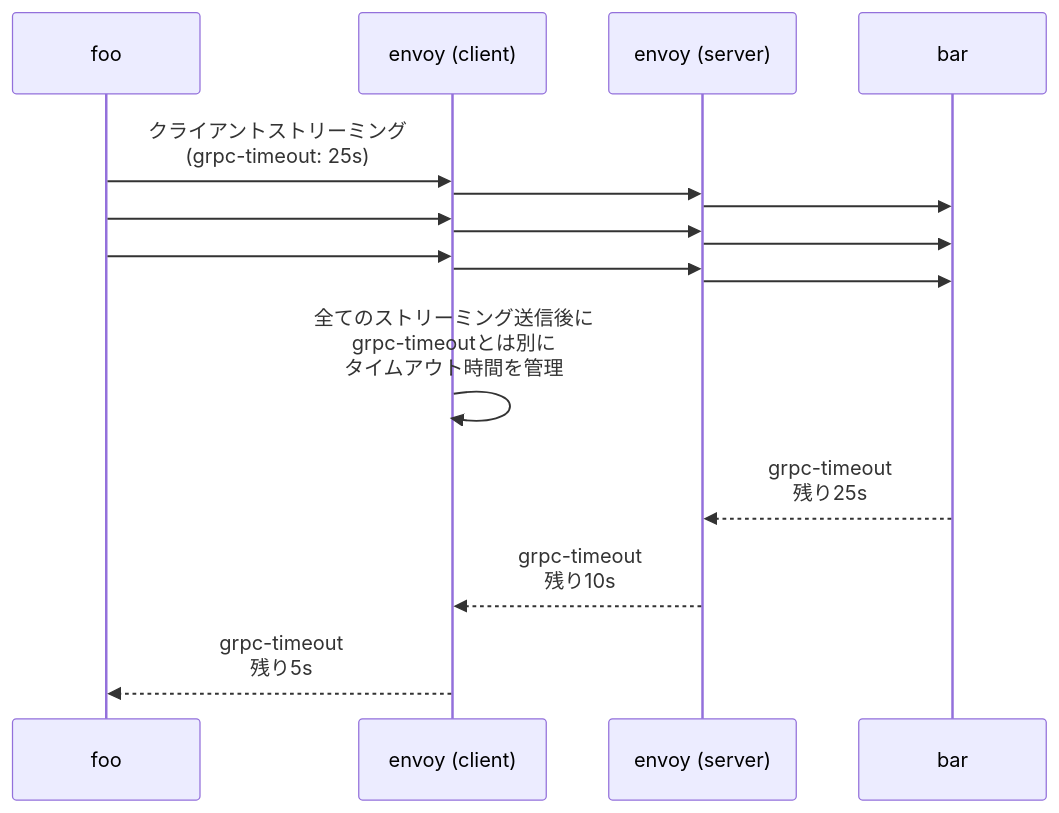
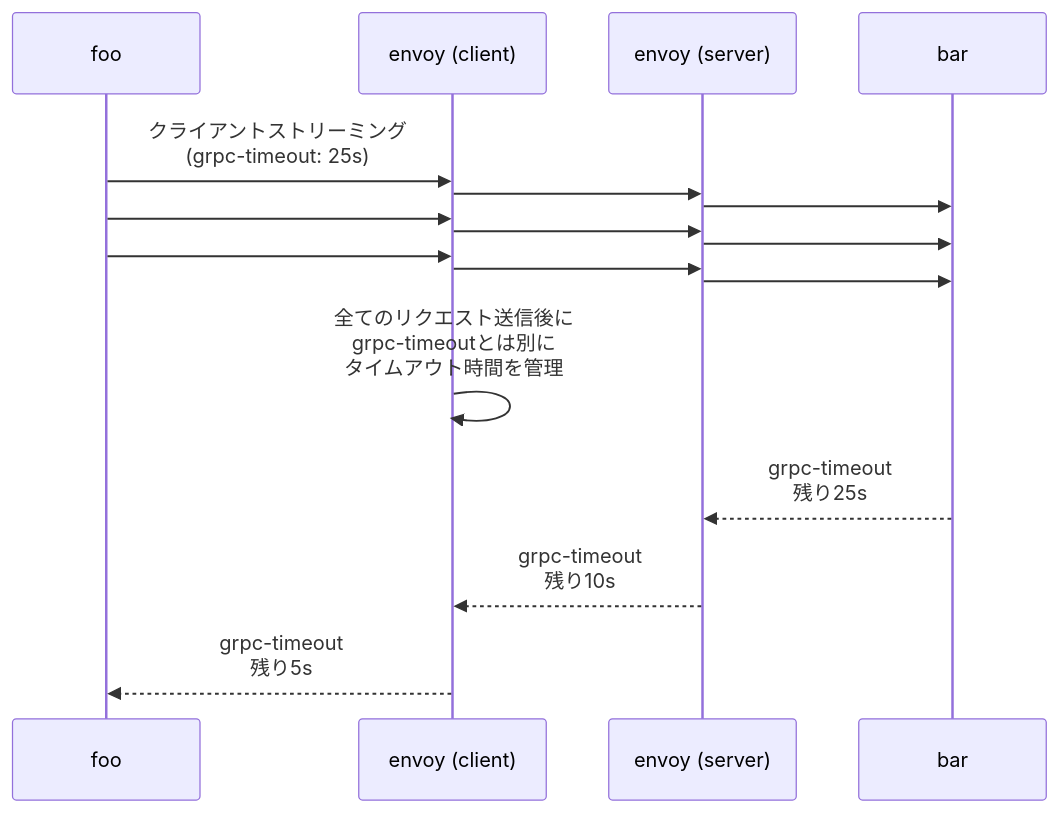
One commit to hiroki-it/tech-notebook changed the first of 2 diagrams in docs/software/software_middleware_service_mesh_envoy_envoy_yaml.md. Above: the diagram before and after it, drawn with Mermaid. The commit also changed other lines of this file and 3 other files, not shown here.

````diff
--- a/docs/software/software_middleware_service_mesh_envoy_envoy_yaml.md
+++ b/docs/software/software_middleware_service_mesh_envoy_envoy_yaml.md
@@ -345,23 +345,23 @@
 ```mermaid
 sequenceDiagram
 
     foo->>envoy (client): クライアントストリーミング<br>(grpc-timeout: 25s)
     envoy (client)->>envoy (server): 
     envoy (server)->>bar: 
 
     foo->>envoy (client): 
     envoy (client)->>envoy (server): 
     envoy (server)->>bar: 
 
     foo->>envoy (client): 
     envoy (client)->>envoy (server): 
     envoy (server)->>bar: 
 
-    envoy (client)->>envoy (client): 全てのストリーミング送信後に<br>grpc-timeoutとは別に<br>タイムアウト時間を管理
+    envoy (client)->>envoy (client): 全てのリクエスト送信後に<br>grpc-timeoutとは別に<br>タイムアウト時間を管理
 
     bar-->>envoy (server): grpc-timeout<br>残り25s
 
     envoy (server)-->>envoy (client): grpc-timeout<br>残り10s
 
     envoy (client)-->>foo: grpc-timeout<br>残り5s
 ```
````
